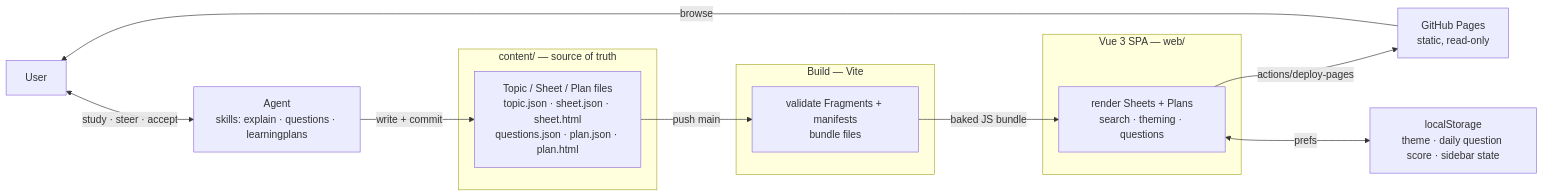
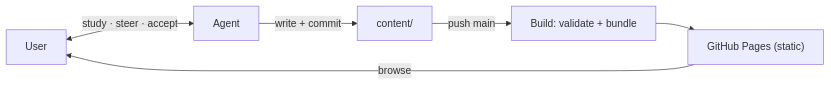
The first of 2 diagrams in docs/hldd/hldd.md (Povaz/cheatsheets), drawn with Mermaid before and after one commit. The commit also changed other lines of this file and 6 other files, not shown here.

````diff
--- a/docs/hldd/hldd.md
+++ b/docs/hldd/hldd.md
@@ -38,24 +15,8 @@
 ```mermaid
 flowchart LR
-    U["User"]
-    AG["Agent<br/>skills: explain · questions · learningplans"]
-    subgraph authoring["content/ — source of truth"]
-        C["Topic / Sheet / Plan files<br/>topic.json · sheet.json · sheet.html<br/>questions.json · plan.json · plan.html"]
-    end
-    subgraph build["Build — Vite"]
-        B["validate Fragments + manifests<br/>bundle files"]
-    end
-    subgraph app["Vue 3 SPA — web/"]
-        A["render Sheets + Plans<br/>search · theming · questions"]
-    end
-    H["GitHub Pages<br/>static, read-only"]
-    LS["localStorage<br/>theme · daily question score · sidebar state"]
-
-    U <-->|study · steer · accept| AG
-    AG -->|write + commit| C
-    C -->|push main| B
-    B -->|baked JS bundle| A
-    A -->|actions/deploy-pages| H
+    U["User"] <-->|study · steer · accept| AG["Agent"]
+    AG -->|write + commit| C["content/"]
+    C -->|push main| B["Build: validate + bundle"]
+    B --> H["GitHub Pages (static)"]
     H -->|browse| U
-    A <-->|prefs| LS
 ```
````
